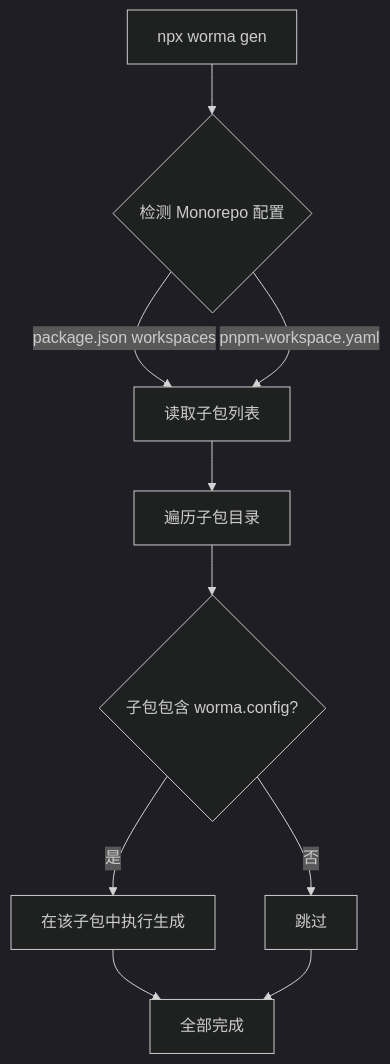
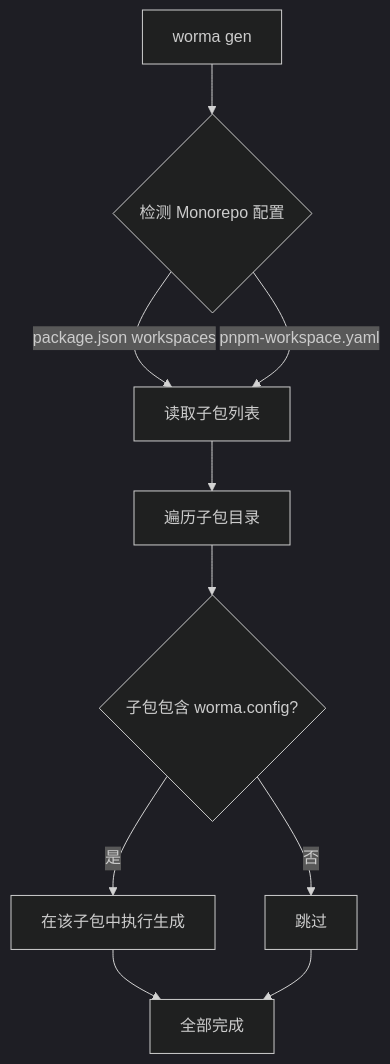
The diagram in docs/content/docs/guide/monorepo.mdx (alovajs/devtools), drawn with Mermaid (dark theme) before and after one commit. The commit also changed other lines of this file and 237 other files, not shown here.

````diff
--- a/docs/content/docs/guide/monorepo.mdx
+++ b/docs/content/docs/guide/monorepo.mdx
@@ -12,12 +12,12 @@
 ```mermaid
 flowchart TD
-    A[npx worma gen] --> B{检测 Monorepo 配置}
+    A[worma gen] --> B{检测 Monorepo 配置}
     B -->|package.json workspaces| C[读取子包列表]
     B -->|pnpm-workspace.yaml| C
     C --> D[遍历子包目录]
     D --> E{子包包含 worma.config?}
     E -->|是| F[在该子包中执行生成]
     E -->|否| G[跳过]
     F --> H[全部完成]
     G --> H
 ```
````
